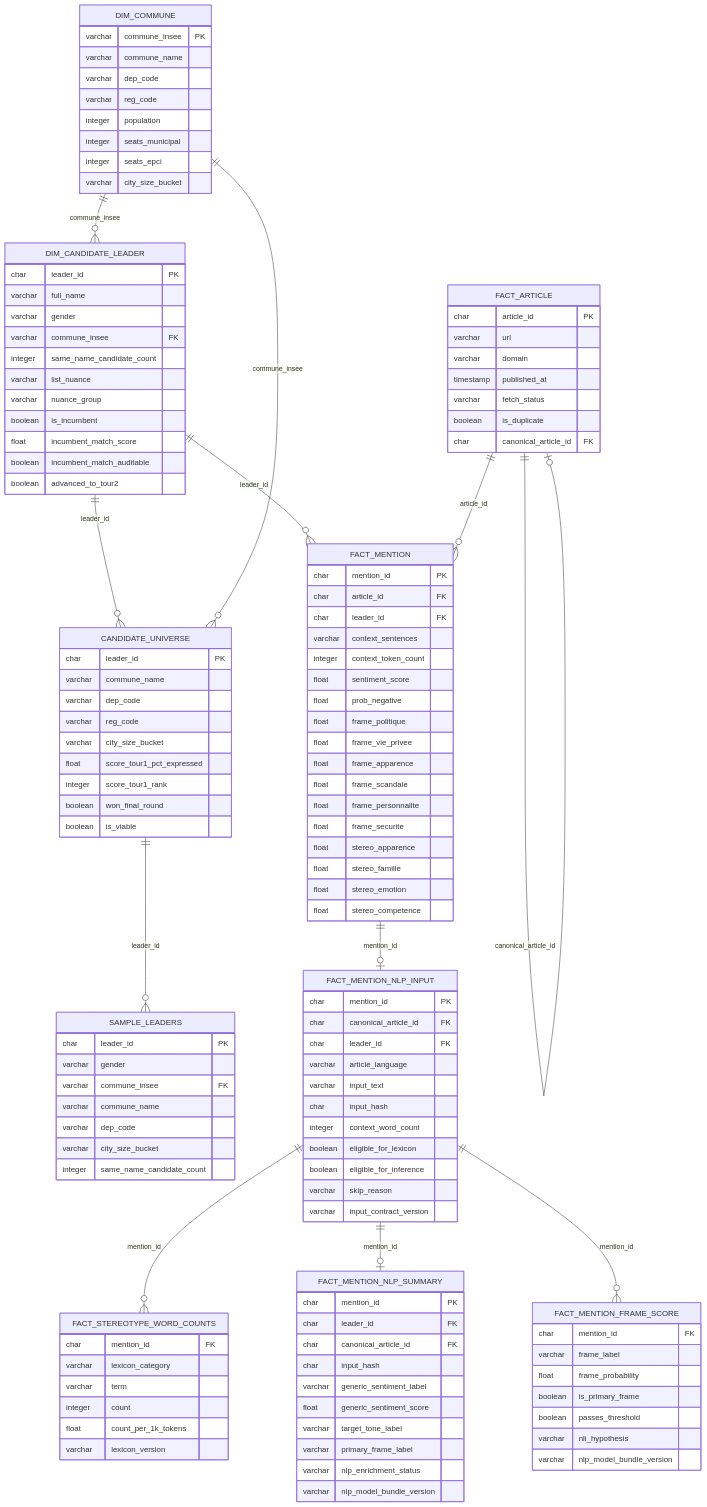
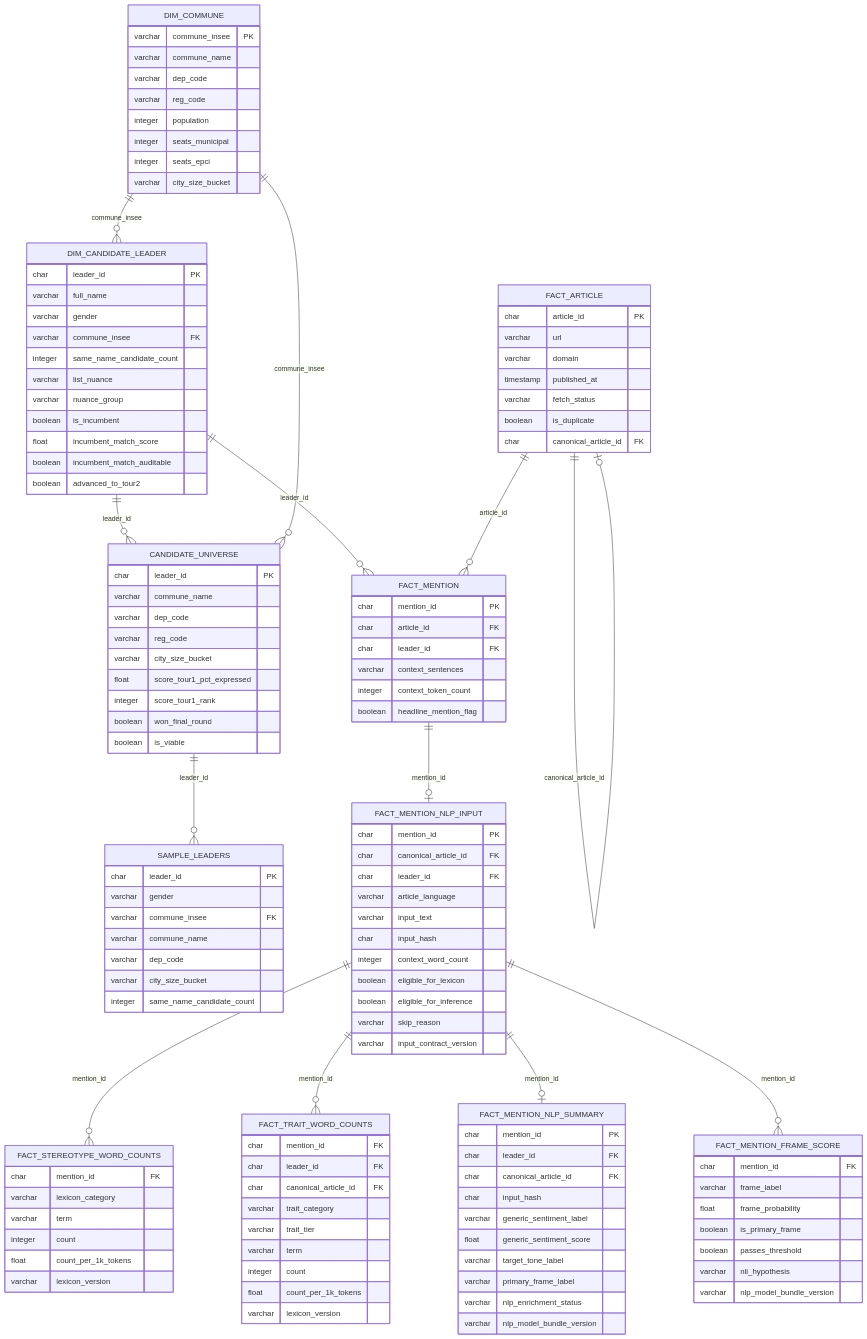
Before and after one commit to cchoooots98/election-gender-bias_D4W: the second of 2 diagrams in docs/architecture.md, drawn with Mermaid. The commit also changed other lines of this file and 12 other files, not shown here.

````diff
--- a/docs/architecture.md
+++ b/docs/architecture.md
@@ -196,18 +179,7 @@
         char    leader_id FK
         varchar context_sentences
         integer context_token_count
-        float   sentiment_score
-        float   prob_negative
-        float   frame_politique
-        float   frame_vie_privee
-        float   frame_apparence
-        float   frame_scandale
-        float   frame_personnalite
-        float   frame_securite
-        float   stereo_apparence
-        float   stereo_famille
-        float   stereo_emotion
-        float   stereo_competence
+        boolean headline_mention_flag
     }
 
     FACT_MENTION_NLP_INPUT {
@@ -227,6 +199,18 @@
     FACT_STEREOTYPE_WORD_COUNTS {
         char    mention_id FK
         varchar lexicon_category
+        varchar term
+        integer count
+        float   count_per_1k_tokens
+        varchar lexicon_version
+    }
+
+    FACT_TRAIT_WORD_COUNTS {
+        char    mention_id FK
+        char    leader_id FK
+        char    canonical_article_id FK
+        varchar trait_category
+        varchar trait_tier
         varchar term
         integer count
         float   count_per_1k_tokens
@@ -265,6 +249,7 @@
     FACT_ARTICLE ||--o| FACT_ARTICLE : "canonical_article_id"
     FACT_MENTION ||--o| FACT_MENTION_NLP_INPUT : "mention_id"
     FACT_MENTION_NLP_INPUT ||--o{ FACT_STEREOTYPE_WORD_COUNTS : "mention_id"
+    FACT_MENTION_NLP_INPUT ||--o{ FACT_TRAIT_WORD_COUNTS : "mention_id"
     FACT_MENTION_NLP_INPUT ||--o| FACT_MENTION_NLP_SUMMARY : "mention_id"
     FACT_MENTION_NLP_INPUT ||--o{ FACT_MENTION_FRAME_SCORE : "mention_id"
 ```
````
